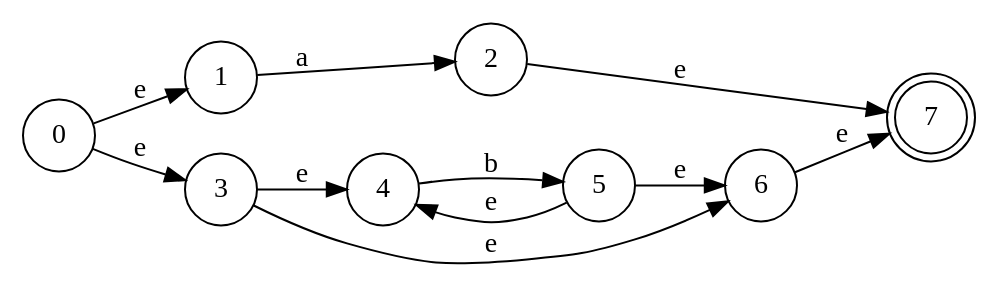
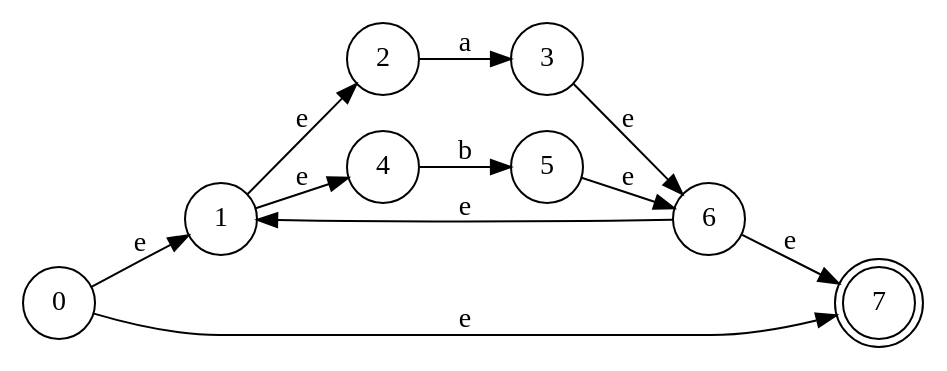
One commit to gusmendez99/pld-project-1 changed the diagram in renders/NFA.gv. Above: the diagram before and after it, drawn with Graphviz. The commit also changed 8 other files, not shown here.

```diff
--- a/renders/NFA.gv
+++ b/renders/NFA.gv
@@ -1,16 +1,16 @@
 strict digraph {
 	rankdir=LR
 	node [shape=circle]
 	0 -> 1 [label=e]
-	1 -> 2 [label=a]
-	0 -> 3 [label=e]
-	3 -> 4 [label=e]
+	1 -> 2 [label=e]
+	2 -> 3 [label=a]
+	1 -> 4 [label=e]
 	4 -> 5 [label=b]
-	5 -> 4 [label=e]
+	3 -> 6 [label=e]
 	5 -> 6 [label=e]
-	3 -> 6 [label=e]
-	3 -> 4
-	2 -> 7 [label=e]
+	1 -> 2
+	6 -> 1 [label=e]
 	6 -> 7 [label=e]
+	0 -> 7 [label=e]
 	7 [shape=doublecircle]
 }
```
